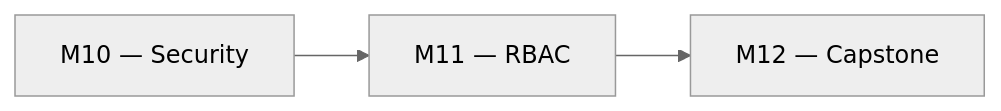
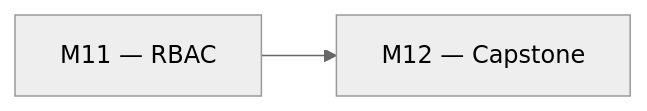
The first of 2 diagrams in courses/day-04/module-11-rbac/lab.md (msellamiTN/Snowflake-terraform), drawn with Mermaid (neutral theme) before and after one commit. The commit also changed other lines of this file and 169 other files, not shown here.

````diff
--- a/courses/day-04/module-11-rbac/lab.md
+++ b/courses/day-04/module-11-rbac/lab.md
@@ -41,5 +47,4 @@
 ```mermaid
 flowchart LR
-    M10[M10 — Security] --> M11[M11 — RBAC]
-    M11 --> M12[M12 — Capstone]
+    M11[M11 — RBAC] --> M12[M12 — Capstone]
 ```
````
